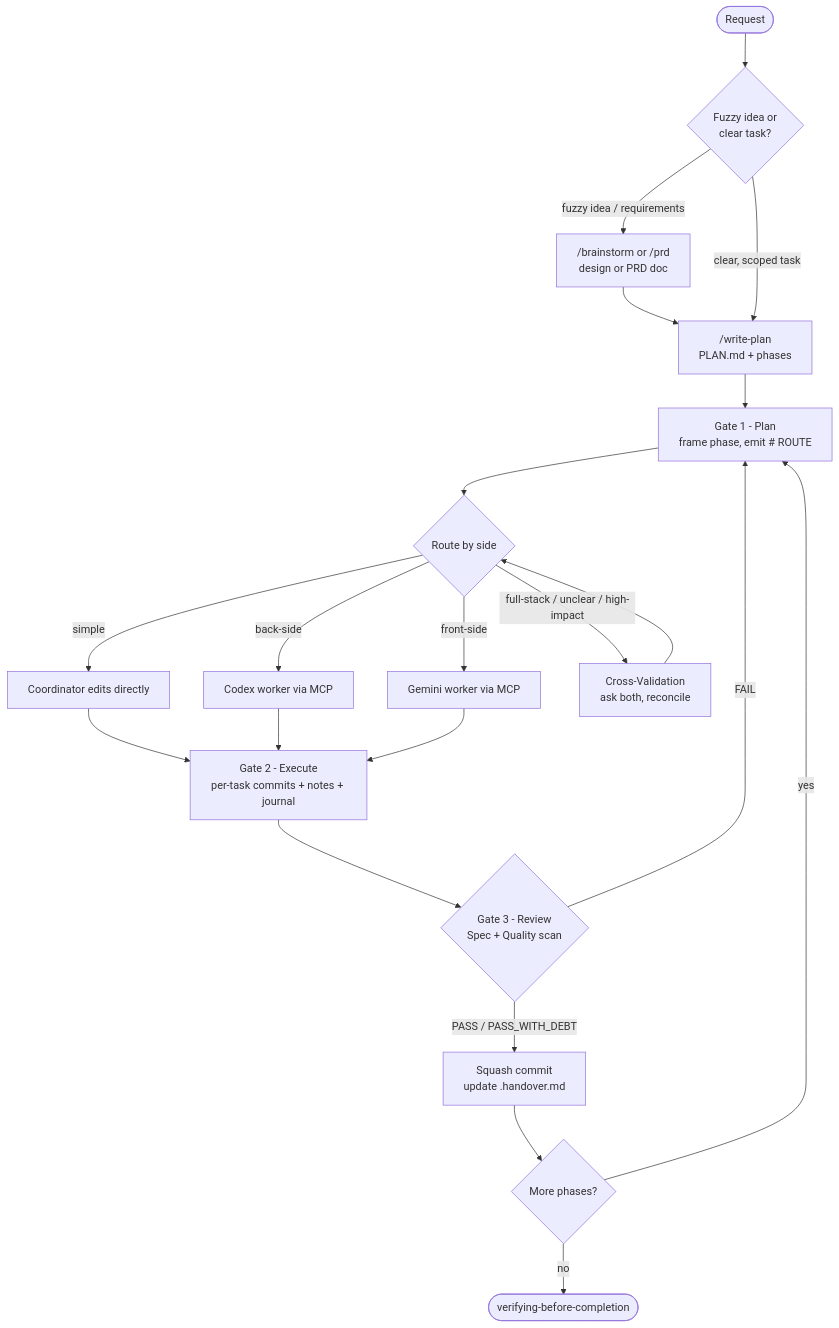
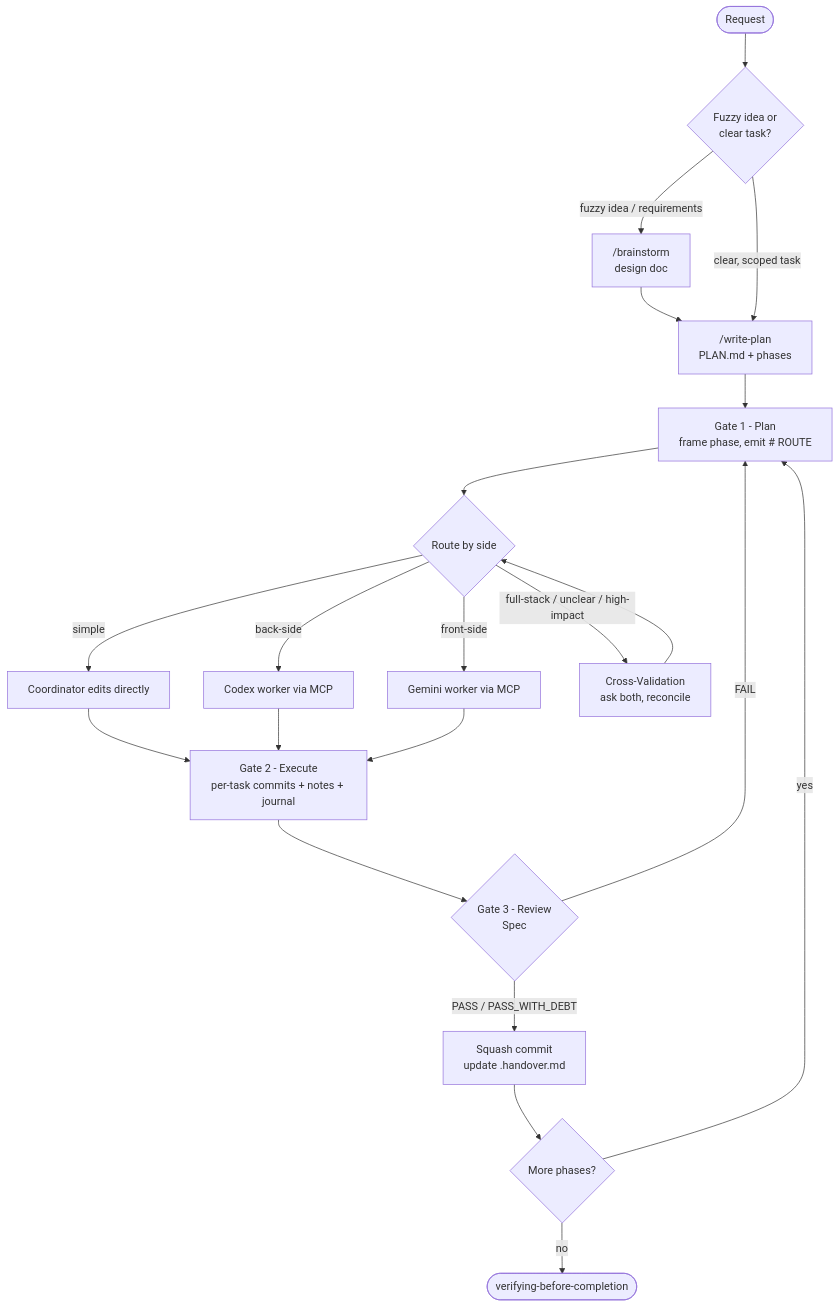
One commit to sitien173/refract changed the first of 6 diagrams in plugin/README.md. Above: the diagram before and after it, drawn with Mermaid. The commit also changed other lines of this file and 25 other files, not shown here.

````diff
--- a/plugin/README.md
+++ b/plugin/README.md
@@ -19,23 +17,23 @@
 ```mermaid
 flowchart TD
     A([Request]) --> B{Fuzzy idea or<br/>clear task?}
-    B -->|"fuzzy idea / requirements"| BR["/brainstorm or /prd<br/>design or PRD doc"]
+    B -->|"fuzzy idea / requirements"| BR["/brainstorm<br/>design doc"]
     BR --> WP["/write-plan<br/>PLAN.md + phases"]
     B -->|"clear, scoped task"| WP
     WP --> P["Gate 1 - Plan<br/>frame phase, emit # ROUTE"]
     P --> R{Route by side}
     R -->|simple| CO["Coordinator edits directly"]
     R -->|back-side| CX["Codex worker via MCP"]
     R -->|front-side| GM["Gemini worker via MCP"]
     R -->|"full-stack / unclear / high-impact"| CV["Cross-Validation<br/>ask both, reconcile"]
     CV --> R
     CO --> EX["Gate 2 - Execute<br/>per-task commits + notes + journal"]
     CX --> EX
     GM --> EX
-    EX --> RV{"Gate 3 - Review<br/>Spec + Quality scan"}
+    EX --> RV{"Gate 3 - Review<br/>Spec"}
     RV -->|FAIL| P
     RV -->|"PASS / PASS_WITH_DEBT"| SQ["Squash commit<br/>update .handover.md"]
     SQ --> NX{More phases?}
     NX -->|yes| P
     NX -->|no| V(["verifying-before-completion"])
 ```
````
